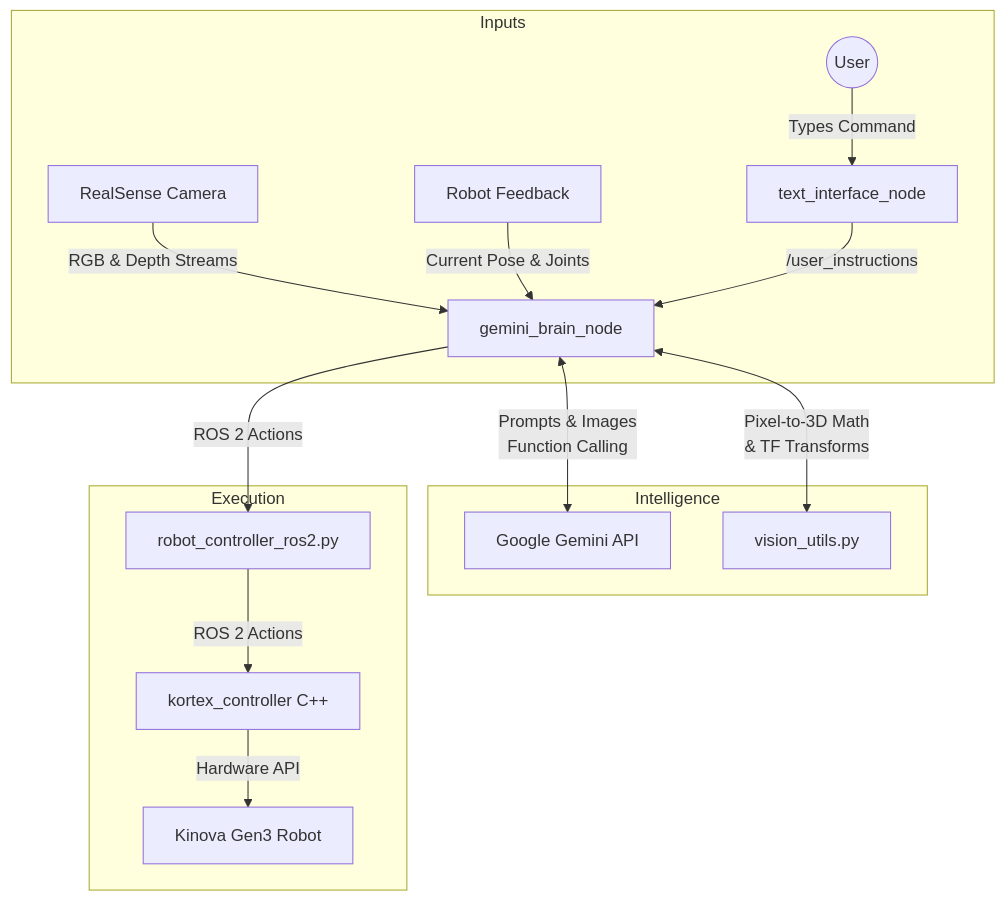
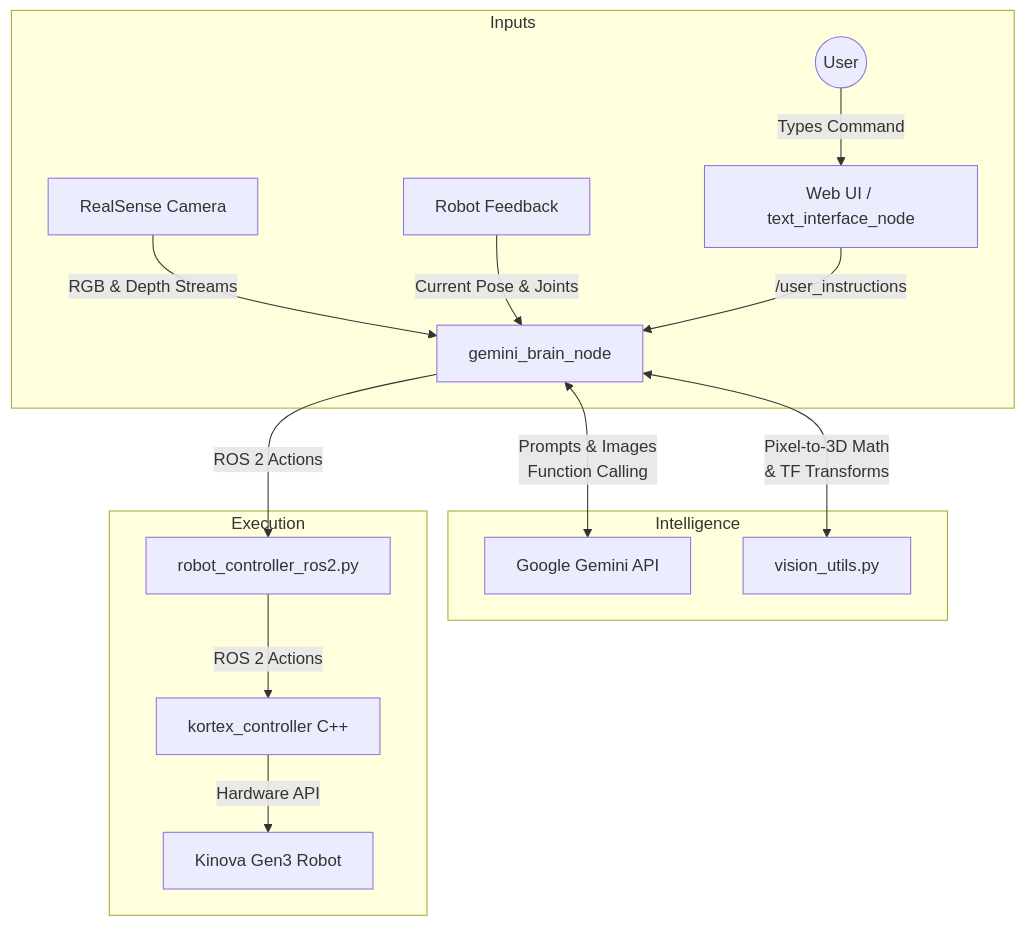
One commit to jakmilller/kinova-gemini changed the diagram in system_architecture.md. Above: the diagram before and after it, drawn with Mermaid. The commit also changed other lines of this file and 1 other file, not shown here.

````diff
--- a/system_architecture.md
+++ b/system_architecture.md
@@ -31,20 +31,20 @@
 ```mermaid
 graph TD
     subgraph Inputs
-        User((User)) -->|Types Command| CLI[text_interface_node]
+        User((User)) -->|Types Command| UI[Web UI / text_interface_node]
         Camera[RealSense Camera] -->|RGB & Depth Streams| Brain[gemini_brain_node]
         RobotState[Robot Feedback] -->|Current Pose & Joints| Brain
     end
 
     subgraph Intelligence
-        CLI -->|/user_instructions| Brain
+        UI -->|/user_instructions| Brain
         Brain <-->|Prompts & Images <br/> Function Calling| GeminiAPI[Google Gemini API]
         Brain <-->|Pixel-to-3D Math <br/> & TF Transforms| Vision[vision_utils.py]
     end
 
     subgraph Execution
         Brain -->|ROS 2 Actions| Client[robot_controller_ros2.py]
         Client -->|ROS 2 Actions| Kortex[kortex_controller C++]
         Kortex -->|Hardware API| Robot[Kinova Gen3 Robot]
     end
 ```
````
